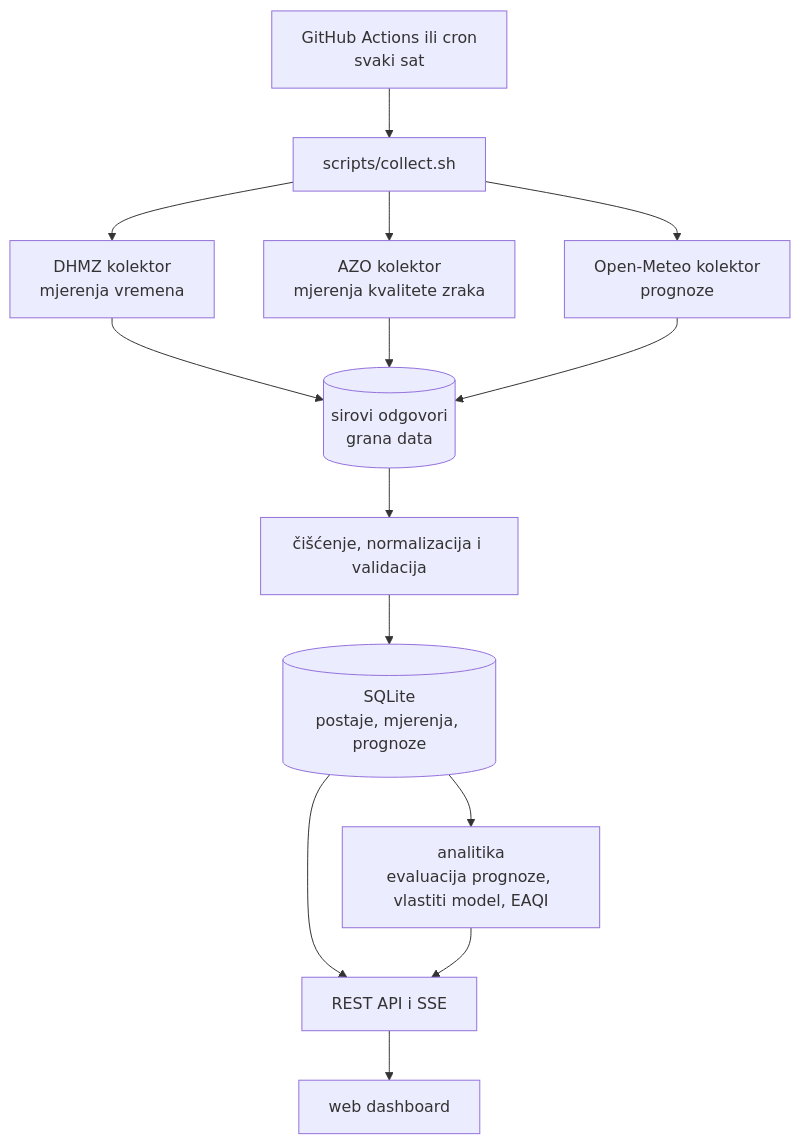
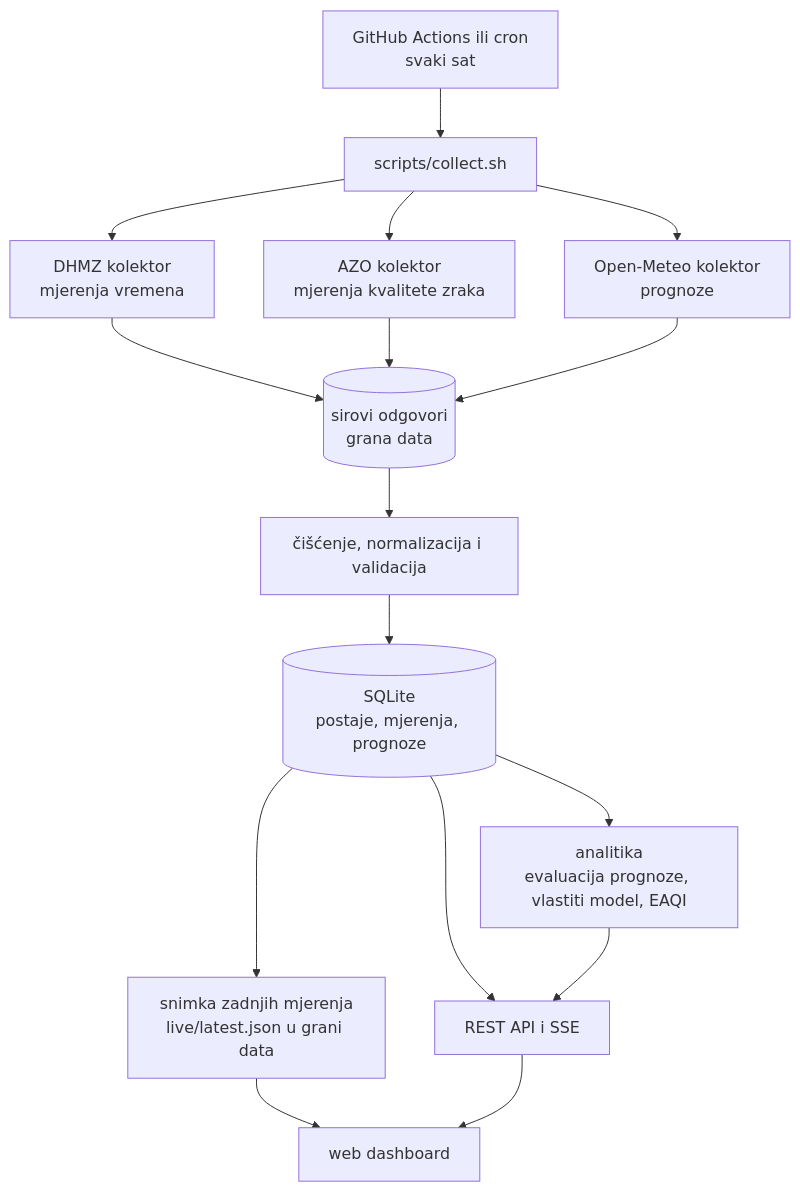
One commit to Matej2405/ZrakHR changed the diagram in README.md. Above: the diagram before and after it, drawn with Mermaid. The commit also changed other lines of this file, not shown here.

Commit message:
docs: highlight the live dashboard in README

````diff
--- a/README.md
+++ b/README.md
@@ -58,14 +70,16 @@
 ```mermaid
 flowchart TD
     schedule["GitHub Actions ili cron<br/>svaki sat"] --> script["scripts/collect.sh"]
     script --> dhmz["DHMZ kolektor<br/>mjerenja vremena"]
     script --> azo["AZO kolektor<br/>mjerenja kvalitete zraka"]
     script --> openmeteo["Open-Meteo kolektor<br/>prognoze"]
     dhmz & azo & openmeteo --> raw[("sirovi odgovori<br/>grana data")]
     raw --> clean["čišćenje, normalizacija i validacija"]
     clean --> db[("SQLite<br/>postaje, mjerenja, prognoze")]
+    db --> live["snimka zadnjih mjerenja<br/>live/latest.json u grani data"]
+    live --> web
     db --> analytics["analitika<br/>evaluacija prognoze, vlastiti model, EAQI"]
     db --> api["REST API i SSE"]
     analytics --> api
     api --> web["web dashboard"]
 ```
````
